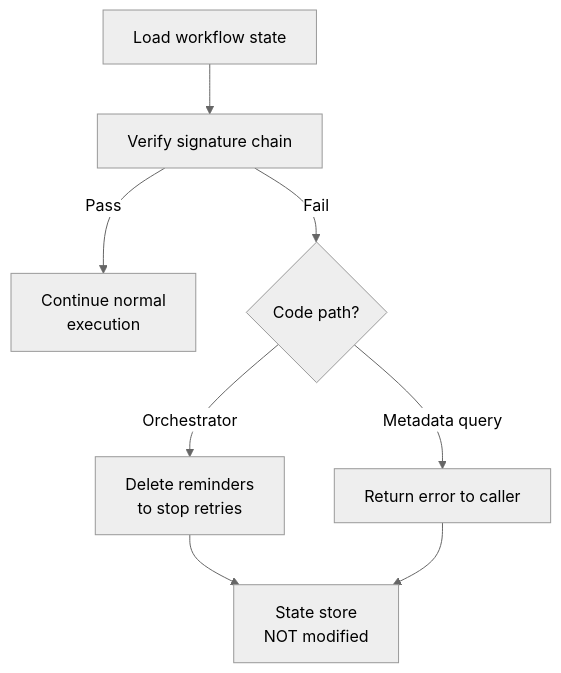
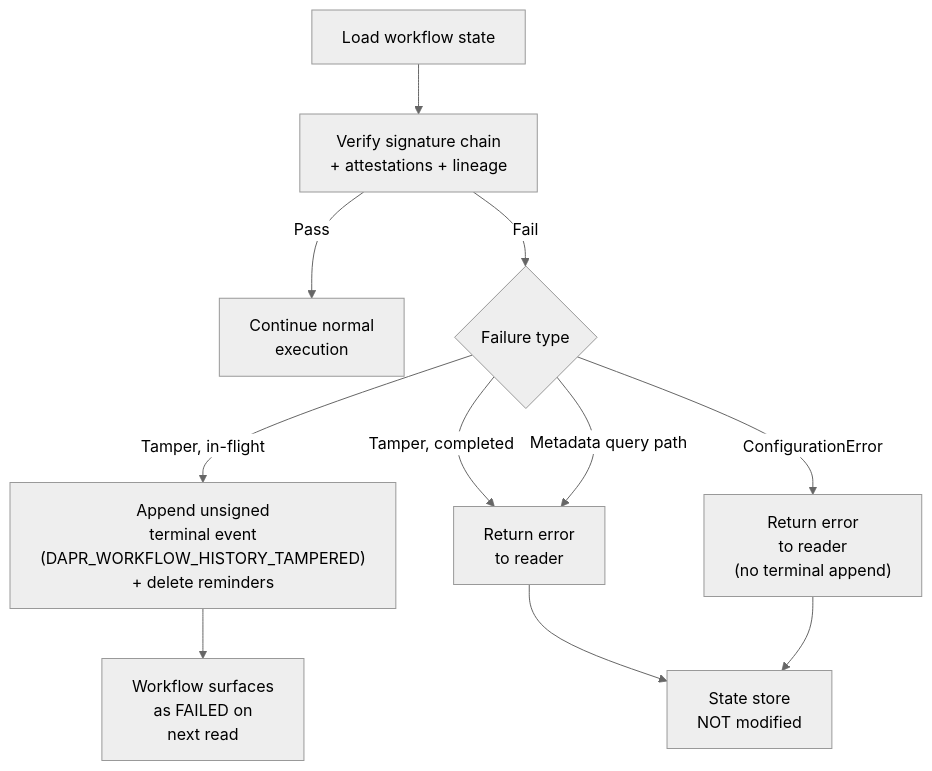
One commit to dapr/docs changed the fourth of 5 diagrams in daprdocs/content/en/developing-applications/building-blocks/workflow/workflow-history-signing.md. Above: the diagram before and after it, drawn with Mermaid (neutral theme). The commit also changed other lines of this file, not shown here.

First line of the commit message:
Workflow history signing: tamper response, attestation, lineage

```diff
--- a/daprdocs/content/en/developing-applications/building-blocks/workflow/workflow-history-signing.md
+++ b/daprdocs/content/en/developing-applications/building-blocks/workflow/workflow-history-signing.md
@@ -238,10 +344,13 @@
 {{< mermaid >}}
 flowchart TD
-    A["Load workflow state"] --> B["Verify signature chain"]
+    A["Load workflow state"] --> B["Verify signature chain<br/>+ attestations + lineage"]
     B -->|Pass| C["Continue normal<br/>execution"]
-    B -->|Fail| D{"Code path?"}
-    D -->|Orchestrator| E["Delete reminders<br/>to stop retries"]
-    D -->|Metadata query| F["Return error to caller"]
-    E --> G["State store<br/>NOT modified"]
-    F --> G
+    B -->|Fail| D{"Failure type"}
+    D -->|Tamper, in-flight| E["Append unsigned<br/>terminal event<br/>(DAPR_WORKFLOW_HISTORY_TAMPERED)<br/>+ delete reminders"]
+    D -->|Tamper, completed| F["Return error<br/>to reader"]
+    D -->|ConfigurationError| G["Return error<br/>to reader<br/>(no terminal append)"]
+    D -->|Metadata query path| F
+    E --> H["Workflow surfaces<br/>as FAILED on<br/>next read"]
+    F --> I["State store<br/>NOT modified"]
+    G --> I
 {{< /mermaid >}}
```
